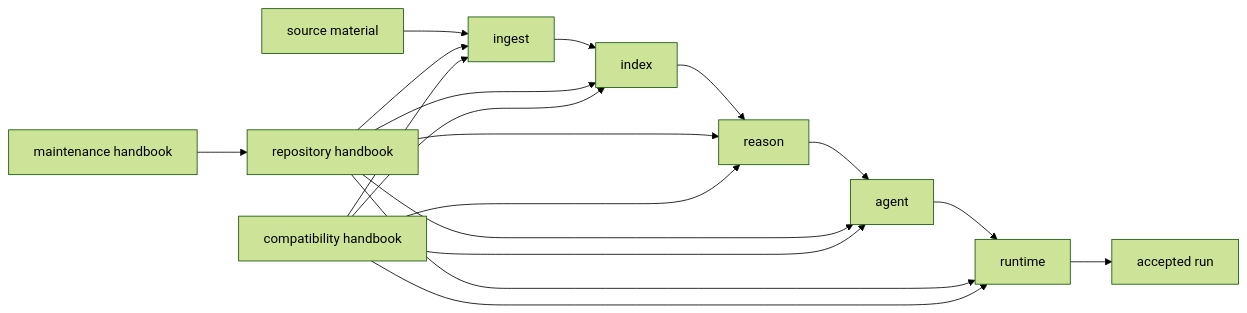
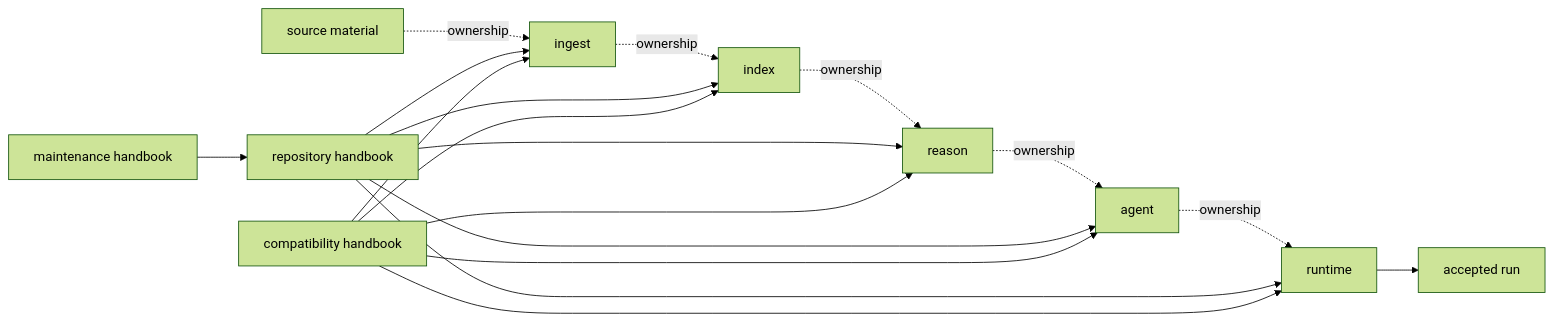
Before and after one commit to bijux/bijux-canon: the first of 4 diagrams in docs/index.md, drawn with Mermaid (forest theme). The commit also changed other lines of this file and 2 other files, not shown here.

````diff
--- a/docs/index.md
+++ b/docs/index.md
@@ -98,26 +98,31 @@
 ```mermaid
 flowchart LR
     source["source material"]
     ingest["ingest"]
     index["index"]
     reason["reason"]
     agent["agent"]
     runtime["runtime"]
     accepted["accepted run"]
     repository["repository handbook"]
     maintain["maintenance handbook"]
     compat["compatibility handbook"]
 
-    source --> ingest --> index --> reason --> agent --> runtime --> accepted
+    source -. ownership .-> ingest
+    ingest -. ownership .-> index
+    index -. ownership .-> reason
+    reason -. ownership .-> agent
+    agent -. ownership .-> runtime
+    runtime --> accepted
     repository --> ingest
     repository --> index
     repository --> reason
     repository --> agent
     repository --> runtime
     maintain --> repository
     compat --> ingest
     compat --> index
     compat --> reason
     compat --> agent
     compat --> runtime
 ```
````
